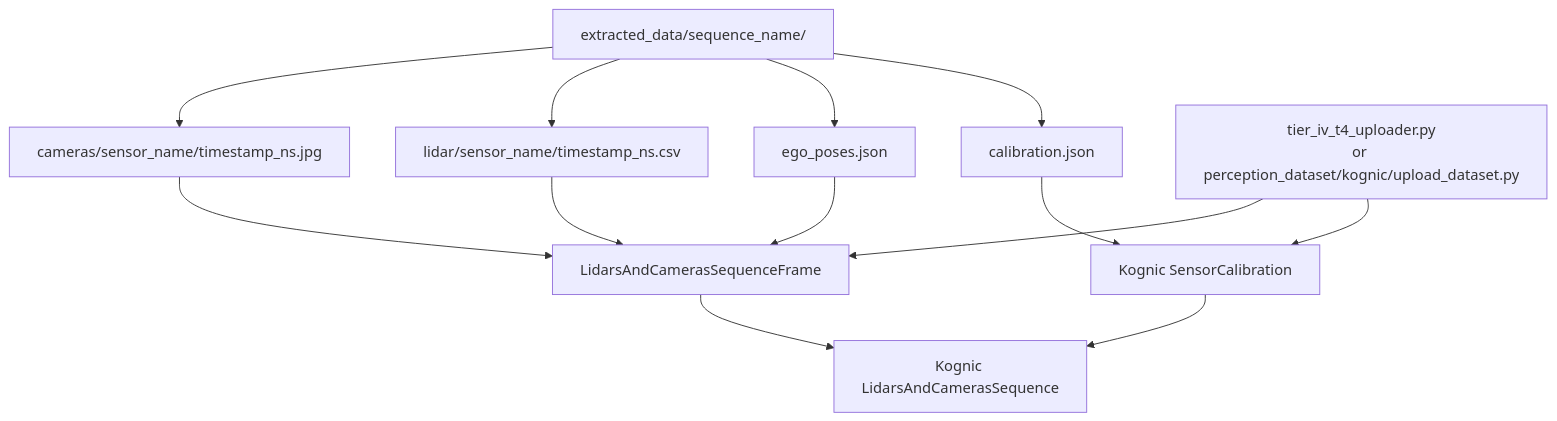
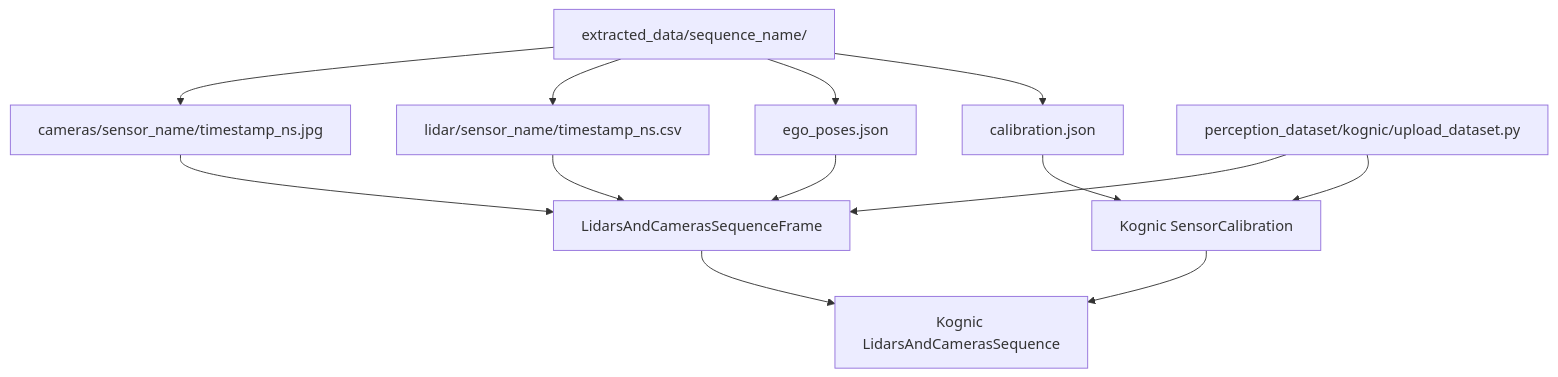
The seventh of 7 diagrams in docs/tier_iv_t4_extractor_to_kognic.md (tier4/tier4_perception_dataset), drawn with Mermaid before and after one commit. The commit also changed other lines of this file, not shown here.

````diff
--- a/docs/tier_iv_t4_extractor_to_kognic.md
+++ b/docs/tier_iv_t4_extractor_to_kognic.md
@@ -575,21 +566,21 @@
 ```mermaid
 flowchart TD
   E["extracted_data/sequence_name/"]
   Cal["calibration.json"]
   Poses["ego_poses.json"]
   Lidar["lidar/sensor_name/timestamp_ns.csv"]
   Camera["cameras/sensor_name/timestamp_ns.jpg"]
-  Uploader["tier_iv_t4_uploader.py<br/>or perception_dataset/kognic/upload_dataset.py"]
+  Uploader["perception_dataset/kognic/upload_dataset.py"]
   SensorCal["Kognic SensorCalibration"]
   Frame["LidarsAndCamerasSequenceFrame"]
   Scene["Kognic LidarsAndCamerasSequence"]
 
   E --> Cal --> SensorCal
   E --> Poses --> Frame
   E --> Lidar --> Frame
   E --> Camera --> Frame
   SensorCal --> Scene
   Frame --> Scene
   Uploader --> SensorCal
   Uploader --> Frame
 ```
````
